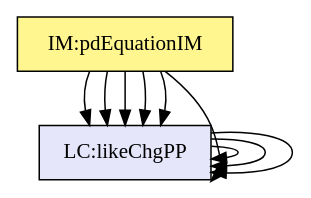
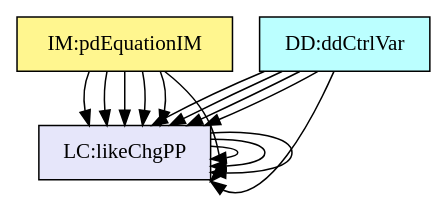
Before and after one commit to JacquesCarette/Drasil: the diagram in code/stable/pdcontroller/TraceyGraph/avsall.dot, drawn with Graphviz. The commit also changed 72 other files, not shown here.

```diff
--- a/code/stable/pdcontroller/TraceyGraph/avsall.dot
+++ b/code/stable/pdcontroller/TraceyGraph/avsall.dot
@@ -1,77 +1,92 @@
 digraph avsall {
+	dataDefn:dqdProcessErrorFD -> instance:setPointConstant;
+	dataDefn:dqdProcessErrorFD -> instance:initialValue;
+	dataDefn:dqdDerivativeControlFD -> instance:unfilteredDerivative;
+	dataDefn:dqdCtrlVarFD -> instance:decoupled;
+	dataDefn:dqdCtrlVarFD -> instance:parallelEq;
 	theory:tmSOSystemRC -> instance:pwrPlantTxFnx;
 	theory:gdPowerPlantRC -> instance:externalDisturb;
 	theory:gdPowerPlantRC -> instance:massSpring;
 	theory:gdPowerPlantRC -> instance:dampingCoeffSpring;
 	theory:gdPowerPlantRC -> instance:stiffnessCoeffSpring;
 	theory:imPDRC -> instance:setPointConstant;
 	instance:likeChgPP -> instance:massSpring;
 	instance:likeChgPP -> instance:dampingCoeffSpring;
 	instance:likeChgPP -> instance:stiffnessCoeffSpring;
 
 
 	instance:pwrPlant	[shape=box, color=black, style=filled, fillcolor=mistyrose, label="A:pwrPlant"];
 	instance:decoupled	[shape=box, color=black, style=filled, fillcolor=mistyrose, label="A:decoupled"];
 	instance:setPointConstant	[shape=box, color=black, style=filled, fillcolor=mistyrose, label="A:setPointConstant"];
 	instance:externalDisturb	[shape=box, color=black, style=filled, fillcolor=mistyrose, label="A:externalDisturb"];
 	instance:initialValue	[shape=box, color=black, style=filled, fillcolor=mistyrose, label="A:initialValue"];
 	instance:parallelEq	[shape=box, color=black, style=filled, fillcolor=mistyrose, label="A:parallelEq"];
 	instance:unfilteredDerivative	[shape=box, color=black, style=filled, fillcolor=mistyrose, label="A:unfilteredDerivative"];
 	instance:pwrPlantTxFnx	[shape=box, color=black, style=filled, fillcolor=mistyrose, label="A:pwrPlantTxFnx"];
 	instance:massSpring	[shape=box, color=black, style=filled, fillcolor=mistyrose, label="A:massSpring"];
 	instance:dampingCoeffSpring	[shape=box, color=black, style=filled, fillcolor=mistyrose, label="A:dampingCoeffSpring"];
 	instance:stiffnessCoeffSpring	[shape=box, color=black, style=filled, fillcolor=mistyrose, label="A:stiffnessCoeffSpring"];
 
 	subgraph A {
 	rank="same"
 	{instance:pwrPlant, instance:decoupled, instance:setPointConstant, instance:externalDisturb, instance:initialValue, instance:parallelEq, instance:unfilteredDerivative, instance:pwrPlantTxFnx, instance:massSpring, instance:dampingCoeffSpring, instance:stiffnessCoeffSpring}
+	}
+
+	dataDefn:dqdProcessErrorFD	[shape=box, color=black, style=filled, fillcolor=paleturquoise1, label="DD:ddProcessError"];
+	dataDefn:dqdPropControlFD	[shape=box, color=black, style=filled, fillcolor=paleturquoise1, label="DD:ddPropCtrl"];
+	dataDefn:dqdDerivativeControlFD	[shape=box, color=black, style=filled, fillcolor=paleturquoise1, label="DD:ddDerivCtrl"];
+	dataDefn:dqdCtrlVarFD	[shape=box, color=black, style=filled, fillcolor=paleturquoise1, label="DD:ddCtrlVar"];
+
+	subgraph DD {
+	rank="same"
+	{dataDefn:dqdProcessErrorFD, dataDefn:dqdPropControlFD, dataDefn:dqdDerivativeControlFD, dataDefn:dqdCtrlVarFD}
 	}
 
 	theory:laplaceRC	[shape=box, color=black, style=filled, fillcolor=pink, label="TM:laplaceTransform"];
 	theory:invLaplaceRC	[shape=box, color=black, style=filled, fillcolor=pink, label="TM:invLaplaceTransform"];
 	theory:tmSOSystemRC	[shape=box, color=black, style=filled, fillcolor=pink, label="TM:tmSOSystem"];
 
 	subgraph TM {
 	rank="same"
 	{theory:laplaceRC, theory:invLaplaceRC, theory:tmSOSystemRC}
 	}
 
 	theory:gdPowerPlantRC	[shape=box, color=black, style=filled, fillcolor=palegreen, label="GD:gdPowerPlant"];
 
 	subgraph GD {
 	rank="same"
 	{theory:gdPowerPlantRC}
 	}
 
 	theory:imPDRC	[shape=box, color=black, style=filled, fillcolor=khaki1, label="IM:pdEquationIM"];
 
 	subgraph IM {
 	rank="same"
 	{theory:imPDRC}
 	}
 
 	instance:verifyInputs	[shape=box, color=black, style=filled, fillcolor=ivory, label="FR:verifyInputs"];
 	instance:calculateValues	[shape=box, color=black, style=filled, fillcolor=ivory, label="FR:calculateValues"];
 	instance:outputValues	[shape=box, color=black, style=filled, fillcolor=ivory, label="FR:outputValues"];
 	instance:portable	[shape=box, color=black, style=filled, fillcolor=ivory, label="NFR:portable"];
 	instance:security	[shape=box, color=black, style=filled, fillcolor=ivory, label="NFR:security"];
 	instance:maintainability	[shape=box, color=black, style=filled, fillcolor=ivory, label="NFR:maintainability"];
 	instance:verifiability	[shape=box, color=black, style=filled, fillcolor=ivory, label="NFR:verifiability"];
 	instance:inputValues	[shape=box, color=black, style=filled, fillcolor=ivory, label="FR:inputValues"];
 	instance:verifyInputs	[shape=box, color=black, style=filled, fillcolor=ivory, label="FR:verifyInputs"];
 	instance:calculateValues	[shape=box, color=black, style=filled, fillcolor=ivory, label="FR:calculateValues"];
 	instance:outputValues	[shape=box, color=black, style=filled, fillcolor=ivory, label="FR:outputValues"];
 
 	subgraph FR {
 	rank="same"
 	{instance:verifyInputs, instance:calculateValues, instance:outputValues, instance:portable, instance:security, instance:maintainability, instance:verifiability, instance:inputValues, instance:verifyInputs, instance:calculateValues, instance:outputValues}
 	}
 
 	instance:likeChgPP	[shape=box, color=black, style=filled, fillcolor=lavender, label="LC:likeChgPP"];
 
 	subgraph LC {
 	rank="same"
 	{instance:likeChgPP}
 	}
 
 }
```
